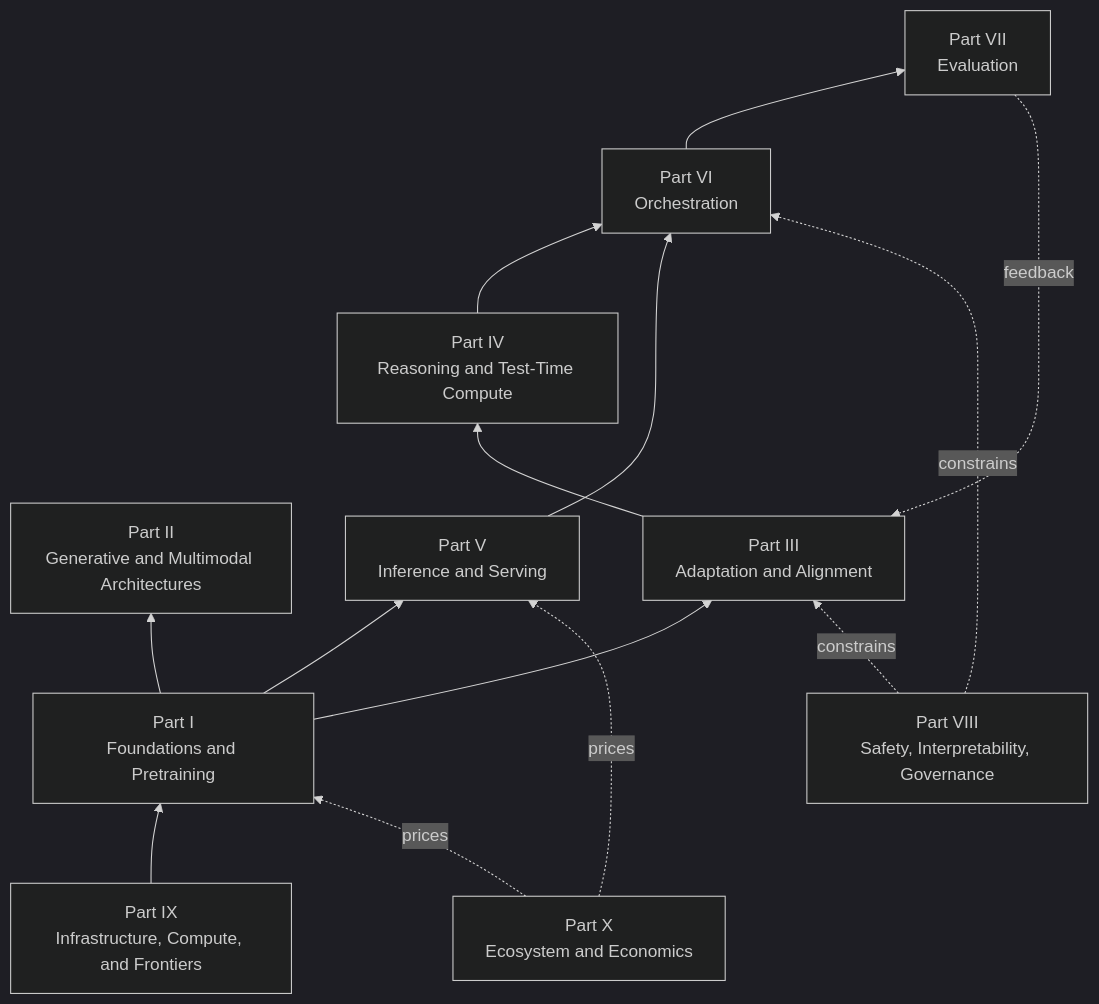
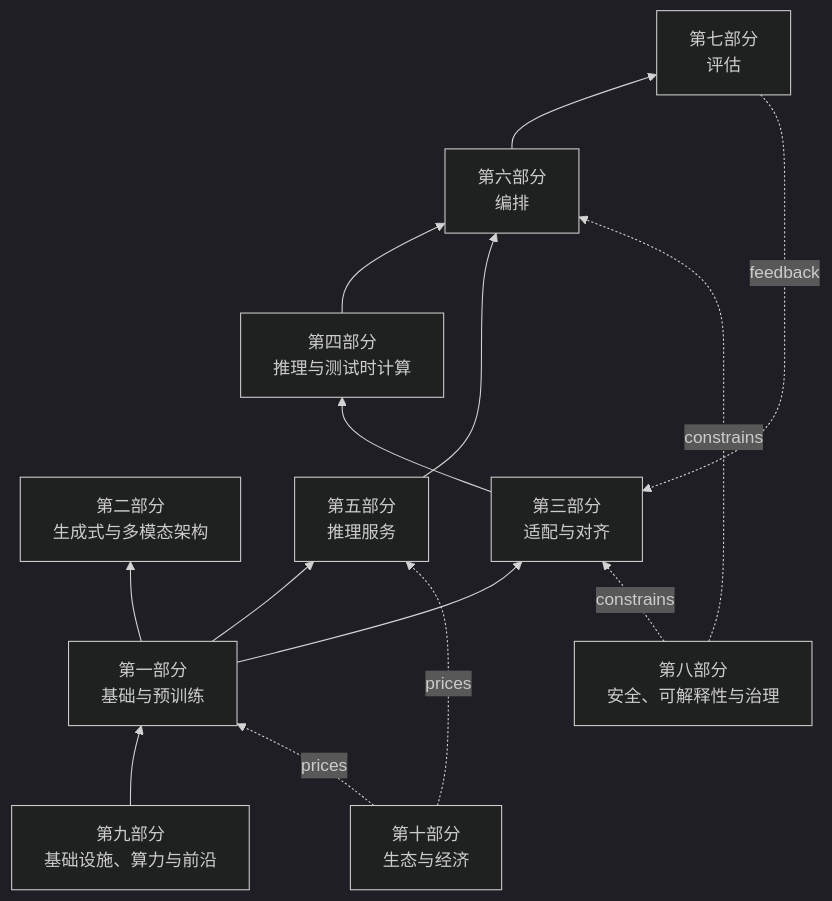
Before and after one commit to latere-ai/ai-as-an-infrastructure: the first of 2 diagrams in zh/orientation/02-field-map.qmd, drawn with Mermaid (dark theme). The commit also changed other lines of this file and 10 other files, not shown here.

````diff
--- a/zh/orientation/02-field-map.qmd
+++ b/zh/orientation/02-field-map.qmd
@@ -13,29 +13,29 @@
 ```{mermaid}
 %%| label: fig-field-map-stack
 %%| fig-cap: "这些实质部分读作一个栈。实线箭头从一层指向构建于其上的那层；虚线箭头是横切的力（评估反馈、安全约束、经济定价），它们跨层施加影响，而不是把一层喂给下一层。"
 flowchart BT
-  PIX["Part IX<br/>Infrastructure, Compute, and Frontiers"]
-  PI["Part I<br/>Foundations and Pretraining"]
-  PII["Part II<br/>Generative and Multimodal Architectures"]
-  PIII["Part III<br/>Adaptation and Alignment"]
-  PIV["Part IV<br/>Reasoning and Test-Time Compute"]
-  PV["Part V<br/>Inference and Serving"]
-  PVI["Part VI<br/>Orchestration"]
-  PVII["Part VII<br/>Evaluation"]
-  PVIII["Part VIII<br/>Safety, Interpretability, Governance"]
-  PX["Part X<br/>Ecosystem and Economics"]
+  PIX["第九部分<br/>基础设施、算力与前沿"]
+  PI["第一部分<br/>基础与预训练"]
+  PII["第二部分<br/>生成式与多模态架构"]
+  PIII["第三部分<br/>适配与对齐"]
+  PIV["第四部分<br/>推理与测试时计算"]
+  PV["第五部分<br/>推理服务"]
+  PVI["第六部分<br/>编排"]
+  PVII["第七部分<br/>评估"]
+  PVIII["第八部分<br/>安全、可解释性与治理"]
+  PX["第十部分<br/>生态与经济"]
 
   PIX --> PI
   PI --> PII
   PI --> PIII
   PIII --> PIV
   PI --> PV
   PIV --> PVI
   PV --> PVI
   PVI --> PVII
   PVII -.feedback.-> PIII
   PVIII -.constrains.-> PIII
   PVIII -.constrains.-> PVI
   PX -.prices.-> PI
   PX -.prices.-> PV
 ```
````
